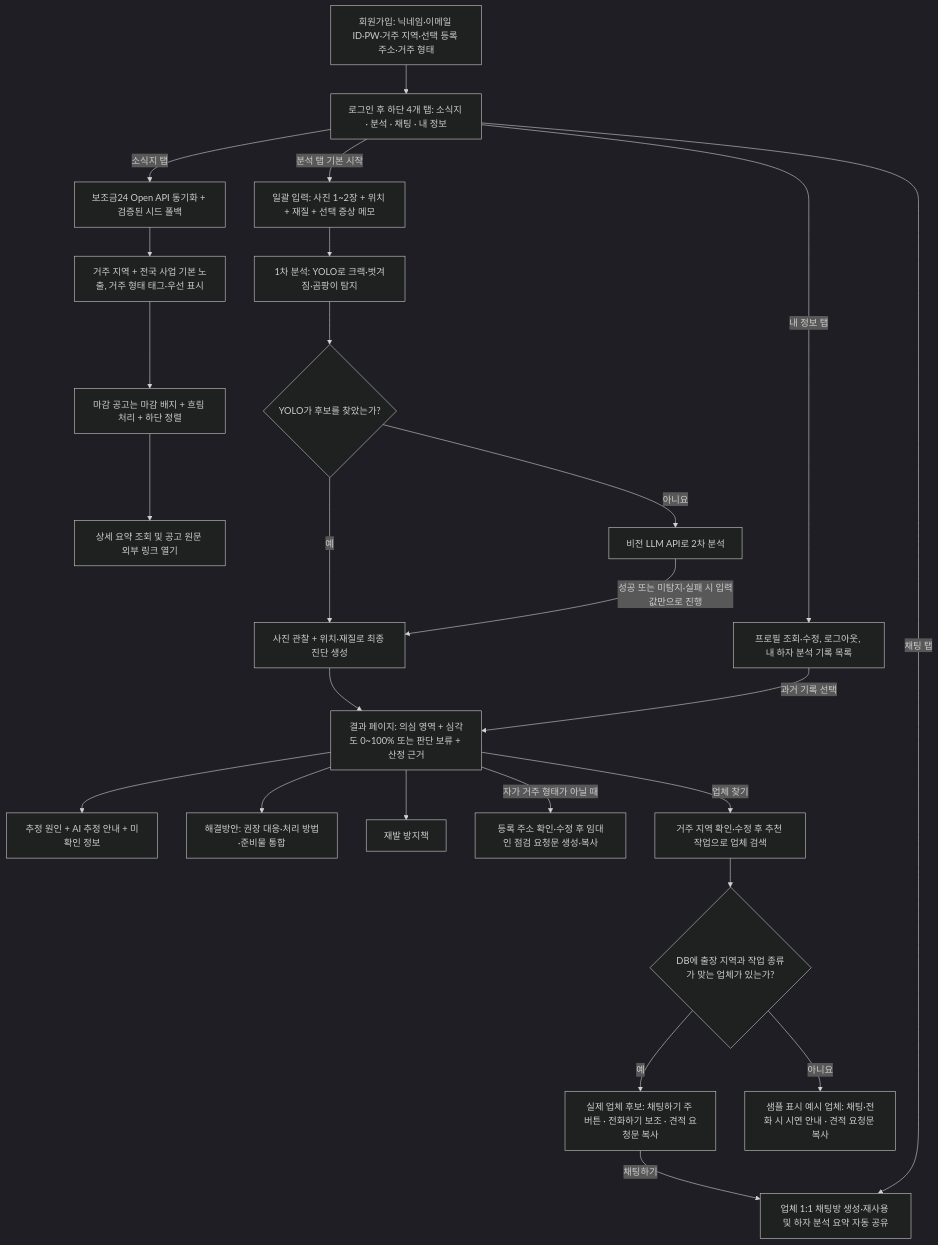
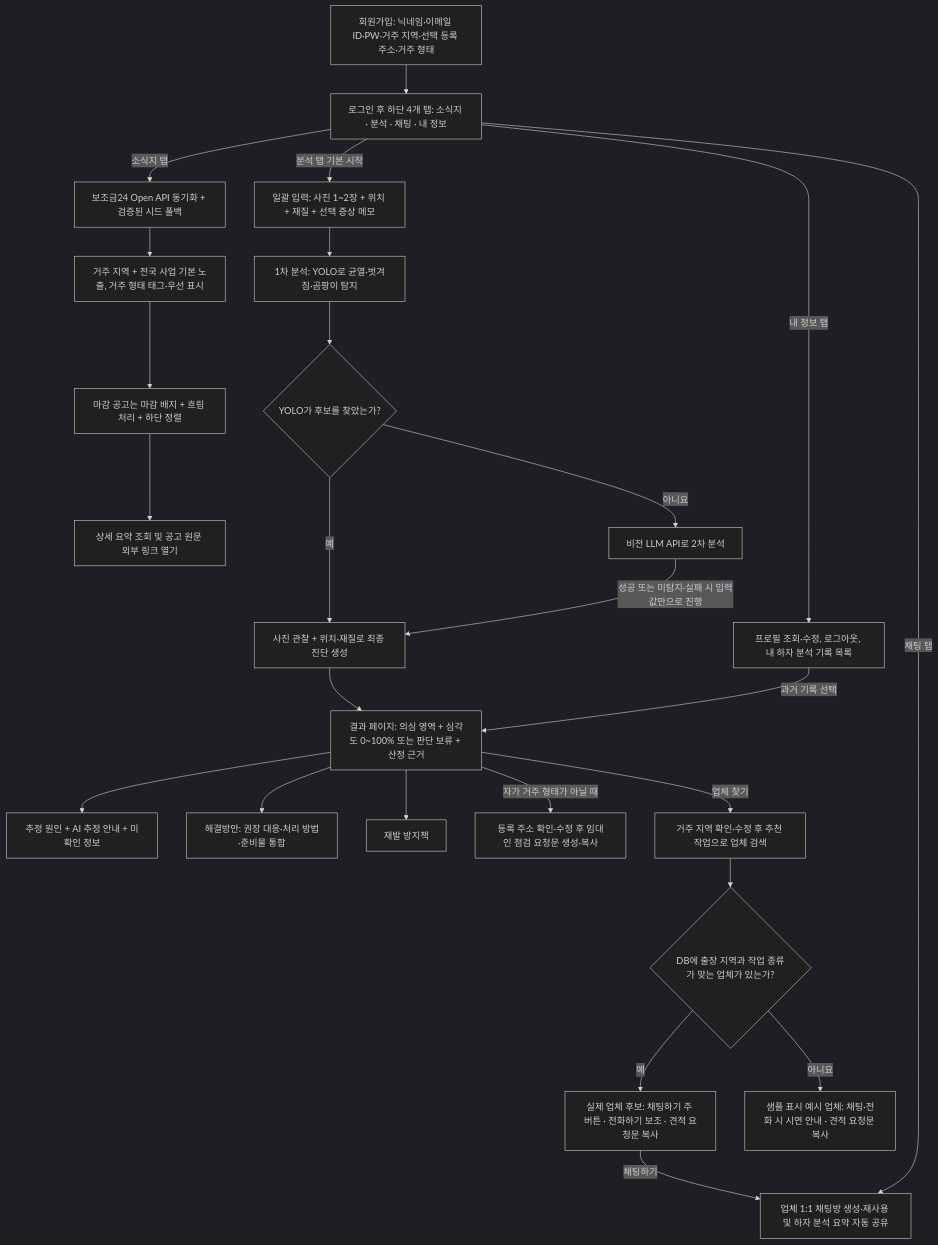
Before and after one commit to Youjaeseon/Home-keeper: the diagram in docs/plans/PROJECT_PLAN.md, drawn with Mermaid (dark theme). The commit also changed other lines of this file and 9 other files, not shown here.

````diff
--- a/docs/plans/PROJECT_PLAN.md
+++ b/docs/plans/PROJECT_PLAN.md
@@ -25,32 +25,32 @@
 ```mermaid
 flowchart TD
     Z0["회원가입: 닉네임·이메일 ID·PW·거주 지역·선택 등록 주소·거주 형태"] --> Z1["로그인 후 하단 4개 탭: 소식지 · 분석 · 채팅 · 내 정보"]
 
     Z1 -->|소식지 탭| N1["보조금24 Open API 동기화 + 검증된 시드 폴백"]
     N1 --> N2["거주 지역 + 전국 사업 기본 노출, 거주 형태 태그·우선 표시"]
     N2 --> N3["마감 공고는 마감 배지 + 흐림 처리 + 하단 정렬"]
     N3 --> N4["상세 요약 조회 및 공고 원문 외부 링크 열기"]
 
     Z1 -->|분석 탭 기본 시작| A["일괄 입력: 사진 1~2장 + 위치 + 재질 + 선택 증상 메모"]
-    A --> B["1차 분석: YOLO로 크랙·벗겨짐·곰팡이 탐지"]
+    A --> B["1차 분석: YOLO로 균열·벗겨짐·곰팡이 탐지"]
     B --> C{"YOLO가 후보를 찾았는가?"}
     C -->|예| G["사진 관찰 + 위치·재질로 최종 진단 생성"]
     C -->|아니요| D["비전 LLM API로 2차 분석"]
     D -->|성공 또는 미탐지·실패 시 입력값만으로 진행| G
 
     G --> H["결과 페이지: 의심 영역 + 심각도 0~100% 또는 판단 보류 + 산정 근거"]
     H --> H1["추정 원인 + AI 추정 안내 + 미확인 정보"]
     H --> H2["해결방안: 권장 대응·처리 방법·준비물 통합"]
     H --> H3["재발 방지책"]
 
     H -->|자가 거주 형태가 아닐 때| J0["등록 주소 확인·수정 후 임대인 점검 요청문 생성·복사"]
     H -->|업체 찾기| K["거주 지역 확인·수정 후 추천 작업으로 업체 검색"]
     K --> Q{"DB에 출장 지역과 작업 종류가 맞는 업체가 있는가?"}
     Q -->|예| L["실제 업체 후보: 채팅하기 주 버튼 · 전화하기 보조 · 견적 요청문 복사"]
     Q -->|아니요| R["샘플 표시 예시 업체: 채팅·전화 시 시연 안내 · 견적 요청문 복사"]
     L -->|채팅하기| CH["업체 1:1 채팅방 생성·재사용 및 하자 분석 요약 자동 공유"]
 
     Z1 -->|채팅 탭| CH
     Z1 -->|내 정보 탭| U1["프로필 조회·수정, 로그아웃, 내 하자 분석 기록 목록"]
     U1 -->|과거 기록 선택| H
 ```
````
